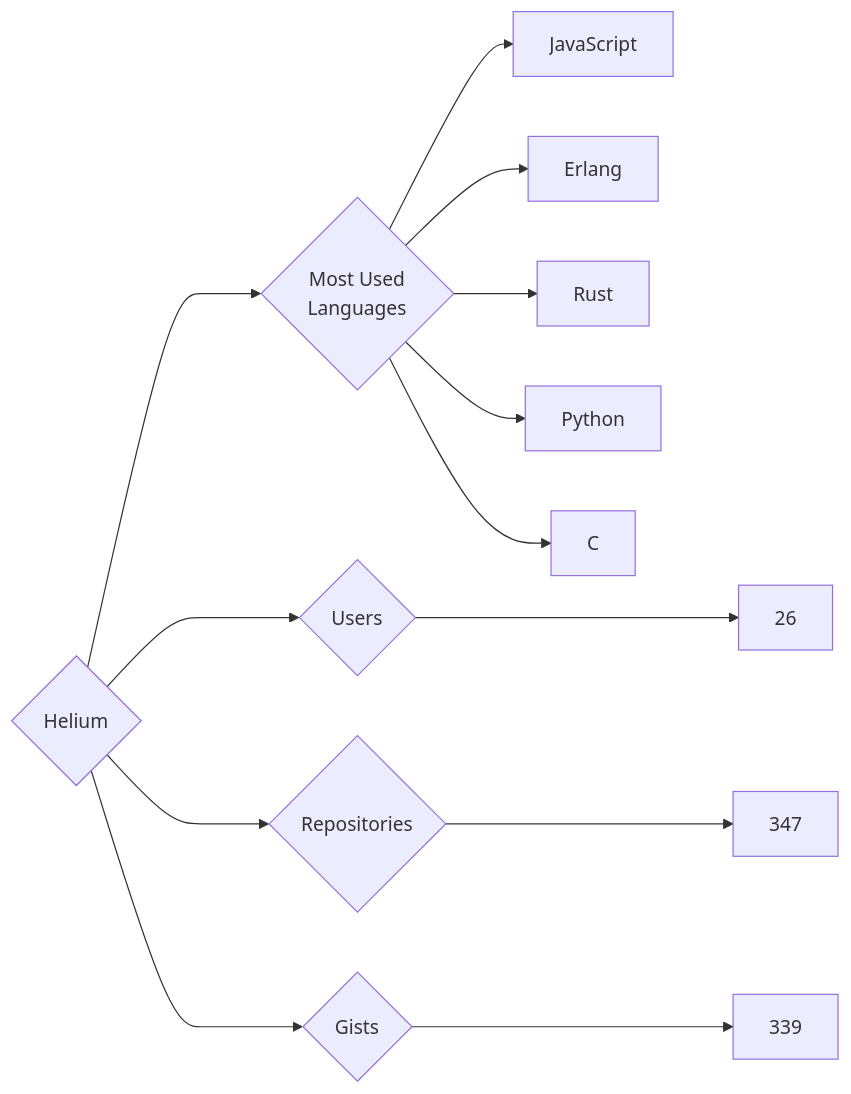
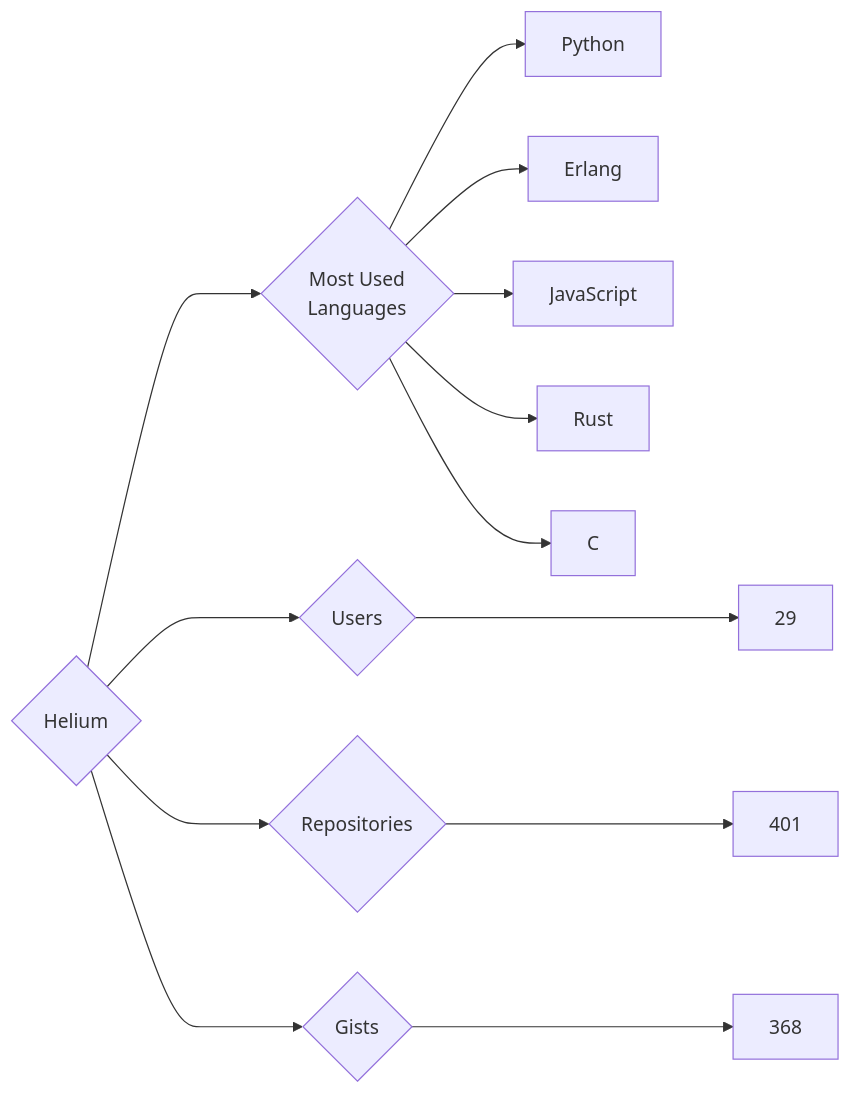
Before and after one commit to trickest/insiders: the diagram in targets/Helium/README.md, drawn with Mermaid. The commit also changed 951 other files, not shown here.

````diff
--- a/targets/Helium/README.md
+++ b/targets/Helium/README.md
@@ -3,13 +3,13 @@
 ```mermaid
 graph LR
 COMPANY_NAME{Helium}
-COMPANY_NAME ---> U{Users} ---> UN[26]
-COMPANY_NAME ---> R{Repositories} ---> RN[347]
-COMPANY_NAME ---> G{Gists} ---> GN[339]
+COMPANY_NAME ---> U{Users} ---> UN[29]
+COMPANY_NAME ---> R{Repositories} ---> RN[401]
+COMPANY_NAME ---> G{Gists} ---> GN[368]
 COMPANY_NAME ---> ML{Most Used<br>Languages}
-ML --> JavaScript
-ML --> Erlang
-ML --> Rust
-ML --> Python
-ML --> C
+ML --> Python[Python]
+ML --> Erlang[Erlang]
+ML --> JavaScript[JavaScript]
+ML --> Rust[Rust]
+ML --> C[C]
 ```
````
